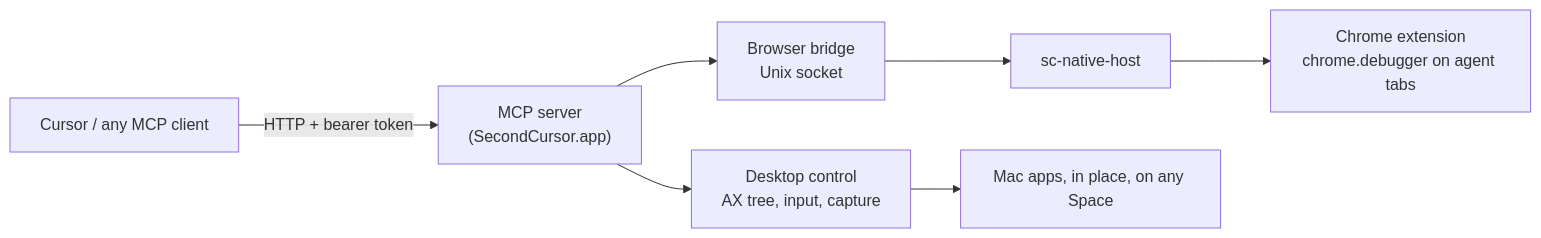
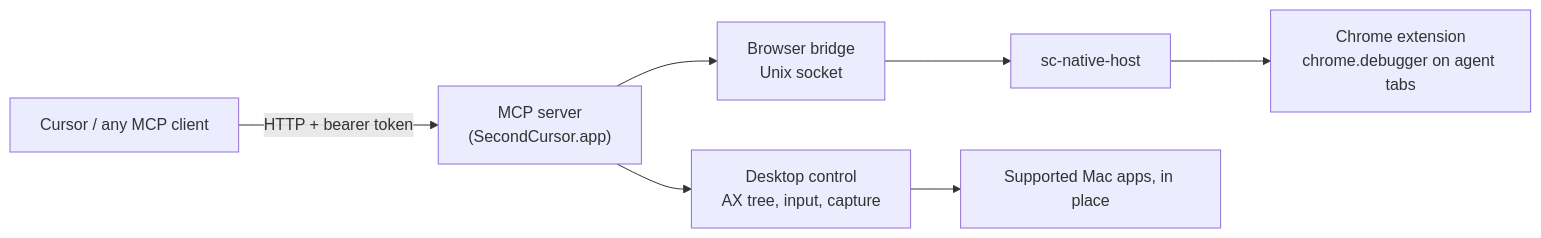
One commit to agrimsingh/second-cursor changed the diagram in README.md. Above: the diagram before and after it, drawn with Mermaid. The commit also changed other lines of this file and 120 other files, not shown here.

````diff
--- a/README.md
+++ b/README.md
@@ -11,8 +11,8 @@
 ```mermaid
 flowchart LR
     Client["Cursor / any MCP client"] -- "HTTP + bearer token" --> Server["MCP server<br/>(SecondCursor.app)"]
     Server --> Desktop["Desktop control<br/>AX tree, input, capture"]
     Server --> Bridge["Browser bridge<br/>Unix socket"]
     Bridge --> Host["sc-native-host"] --> Ext["Chrome extension<br/>chrome.debugger on agent tabs"]
-    Desktop --> Apps["Mac apps, in place, on any Space"]
+    Desktop --> Apps["Supported Mac apps, in place"]
 ```
````
